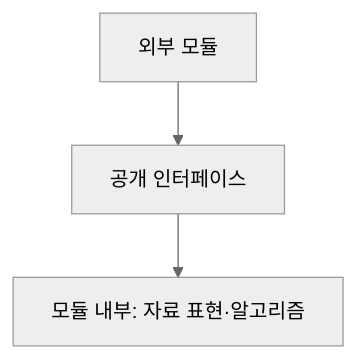
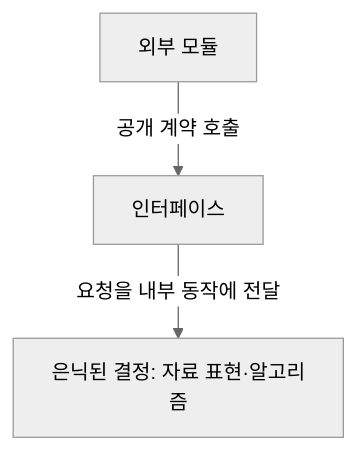
One commit to agnusdei1207/study changed the second of 2 diagrams in src/content/docs/notes/itpe/02-software-engineering/024_information_hiding.md. Above: the diagram before and after it, drawn with Mermaid (neutral theme). The commit also changed other lines of this file and 31 other files, not shown here.

````diff
--- a/src/content/docs/notes/itpe/02-software-engineering/024_information_hiding.md
+++ b/src/content/docs/notes/itpe/02-software-engineering/024_information_hiding.md
@@ -100,5 +102,5 @@
 ```mermaid
 flowchart TD
-    C["외부 모듈"] --> I["공개 인터페이스"]
-    I --> S["모듈 내부: 자료 표현·알고리즘"]
+    C["외부 모듈"] -->|"공개 계약 호출"| I["인터페이스"]
+    I -->|"요청을 내부 동작에 전달"| S["은닉된 결정: 자료 표현·알고리즘"]
 ```
````
